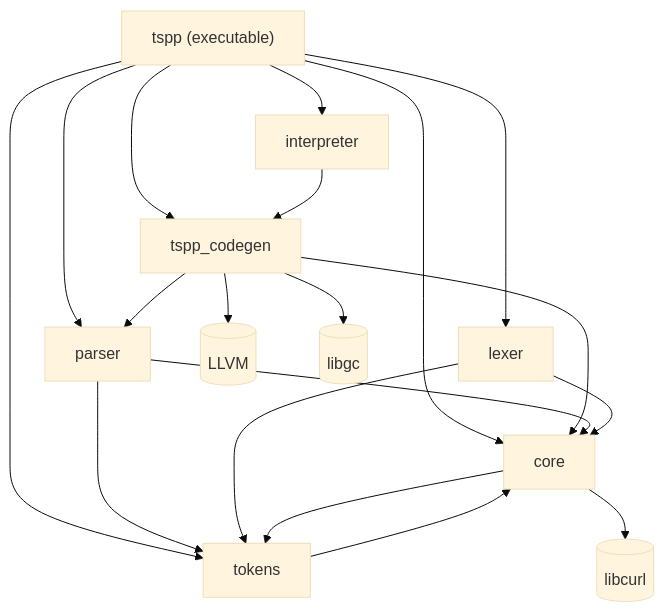
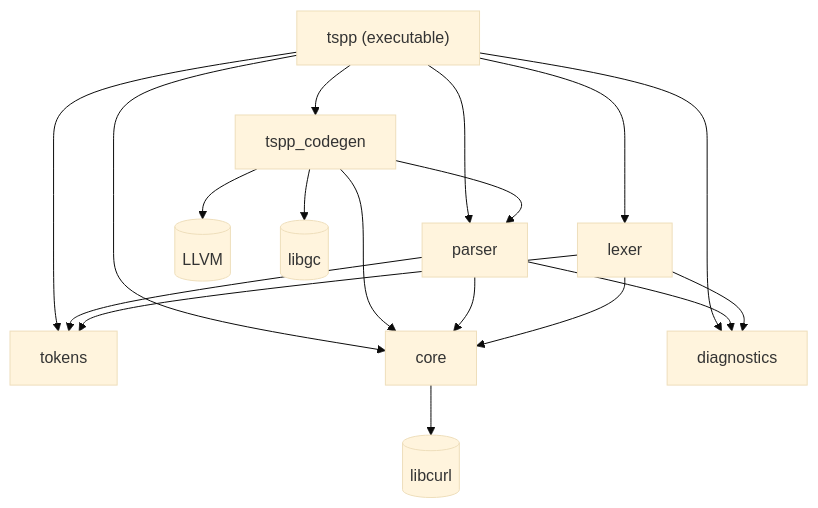
Before and after one commit to tspp-io/tspp-compiler: the second of 5 diagrams in docs/KNOWLEDGE_TRANSFER.md, drawn with Mermaid (base theme). The commit also changed other lines of this file, not shown here.

````diff
--- a/docs/KNOWLEDGE_TRANSFER.md
+++ b/docs/KNOWLEDGE_TRANSFER.md
@@ -144,21 +163,20 @@
 ```mermaid
 flowchart TD
-    tspp["tspp (executable)"] --> interpreter
-    tspp --> tspp_codegen
+    tspp["tspp (executable)"] --> tspp_codegen
     tspp --> parser
     tspp --> lexer
     tspp --> tokens
     tspp --> core
-    interpreter --> tspp_codegen
+    tspp --> diagnostics
     tspp_codegen --> parser
     tspp_codegen --> core
     tspp_codegen --> LLVM[(LLVM)]
     tspp_codegen --> GCLIB[(libgc)]
     parser --> core
     parser --> tokens
     lexer --> core
     lexer --> tokens
-    core --> tokens
-    tokens --> core
+    parser --> diagnostics
+    lexer --> diagnostics
     core --> CURL[(libcurl)]
 ```
````
